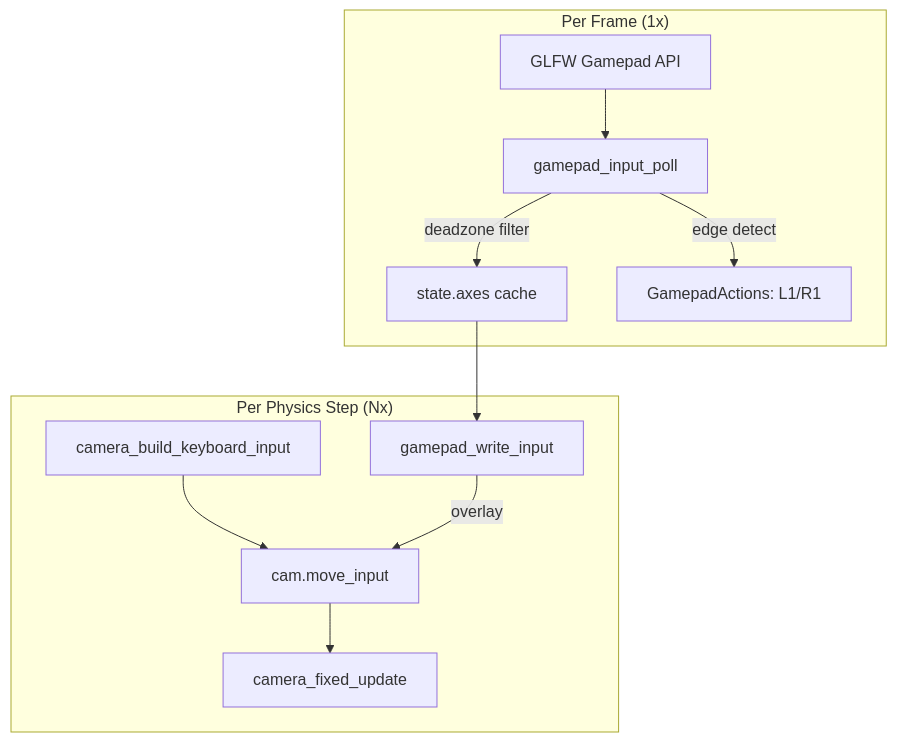
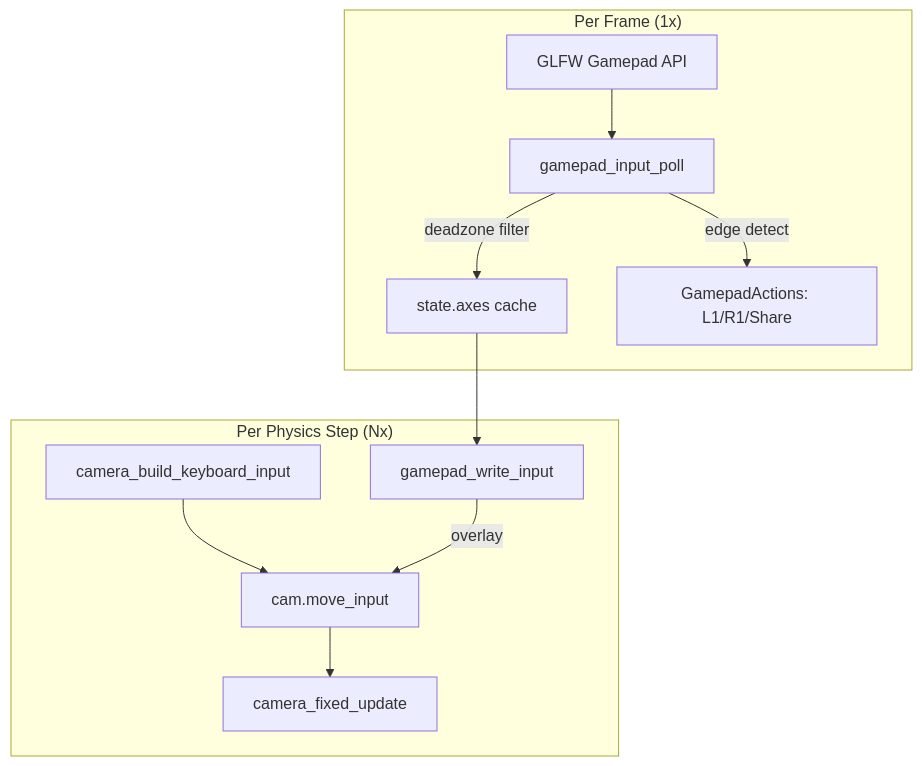
The diagram in docs/gamepad.md (yoyonel/suckless-ogl), drawn with Mermaid before and after one commit. The commit also changed other lines of this file and 1 other file, not shown here.

First line of the commit message:
docs(controls): document Share button binding and conditional overlay (EN + FR)

````diff
--- a/docs/gamepad.md
+++ b/docs/gamepad.md
@@ -53,14 +54,14 @@
 ```mermaid
 graph TD
     subgraph "Per Frame (1x)"
         GLFW[GLFW Gamepad API] --> POLL[gamepad_input_poll]
         POLL -->|deadzone filter| AXES[state.axes cache]
-        POLL -->|edge detect| BTN[GamepadActions: L1/R1]
+        POLL -->|edge detect| BTN[GamepadActions: L1/R1/Share]
     end
     subgraph "Per Physics Step (Nx)"
         KB[camera_build_keyboard_input] --> MI[cam.move_input]
         AXES --> WRITE[gamepad_write_input]
         WRITE -->|overlay| MI
         MI --> PHYS[camera_fixed_update]
     end
 ```
````
